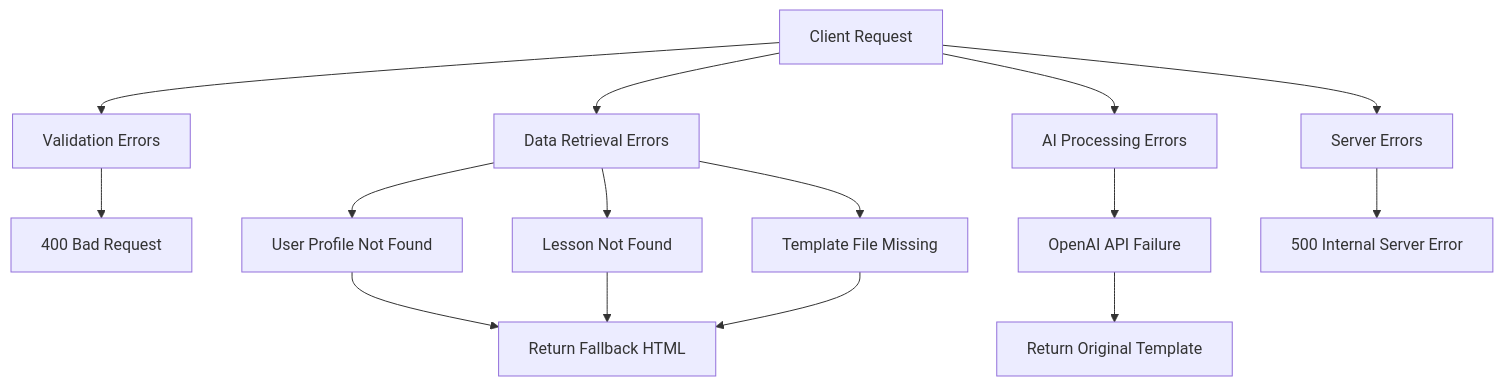
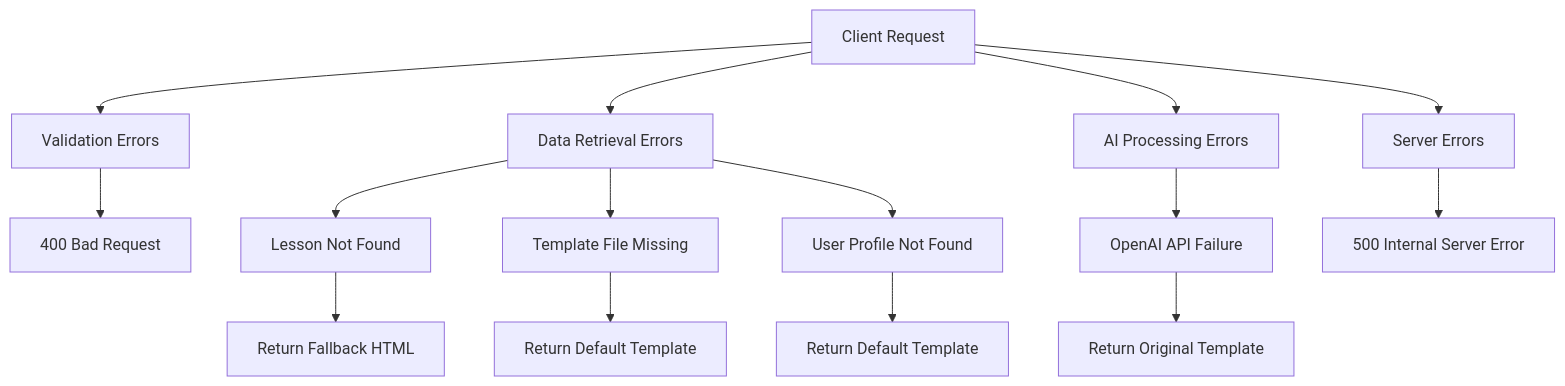
The second of 2 diagrams in .qoder/repowiki/en/content/API Reference/POST _api_persona_personalize-template.md (lommaks777/pesonalisev2), drawn with Mermaid before and after one commit. The commit also changed other lines of this file and 16 other files, not shown here.

First line of the commit message:
feat(api): add CORS support and default template fallback for persona endpoints

````diff
--- a/.qoder/repowiki/en/content/API Reference/POST _api_persona_personalize-template.md
+++ b/.qoder/repowiki/en/content/API Reference/POST _api_persona_personalize-template.md
@@ -124,17 +138,17 @@
 ```mermaid
 flowchart TD
 A[Client Request] --> B[Validation Errors]
 B --> C[400 Bad Request]
 A --> D[Data Retrieval Errors]
-D --> E[User Profile Not Found]
-D --> F[Lesson Not Found]
+D --> E[Lesson Not Found]
+E --> F[Return Fallback HTML]
 D --> G[Template File Missing]
-E --> H[Return Fallback HTML]
-F --> H
-G --> H
-A --> I[AI Processing Errors]
-I --> J[OpenAI API Failure]
-J --> K[Return Original Template]
-A --> L[Server Errors]
-L --> M[500 Internal Server Error]
+G --> H[Return Default Template]
+D --> I[User Profile Not Found]
+I --> J[Return Default Template]
+A --> K[AI Processing Errors]
+K --> L[OpenAI API Failure]
+L --> M[Return Original Template]
+A --> N[Server Errors]
+N --> O[500 Internal Server Error]
 ```
````
